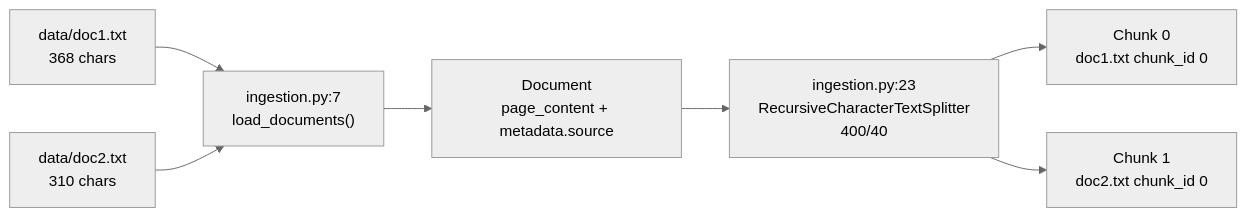
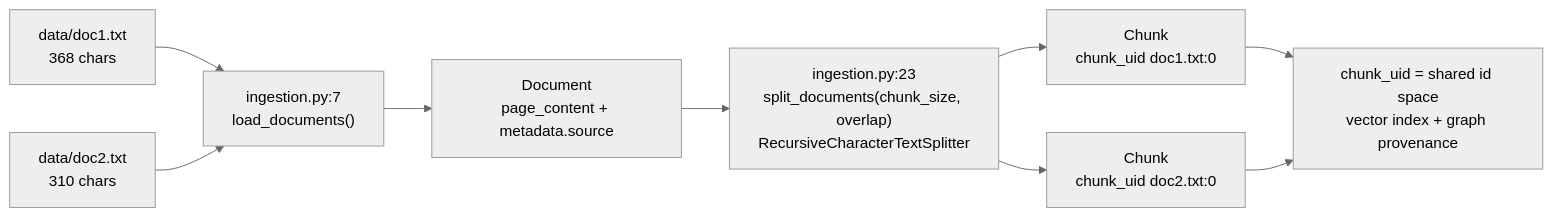
The second of 9 diagrams in LEARNINGS.md (manishwvn/graph_rag), drawn with Mermaid (neutral theme) before and after one commit. The commit also changed other lines of this file and 30 other files, not shown here.

First line of the commit message:
feat: vector vs graph RAG comparison, with a corrected evaluation

````diff
--- a/LEARNINGS.md
+++ b/LEARNINGS.md
@@ -38,9 +45,11 @@
 ```mermaid
 graph LR
   D1["data/doc1.txt<br/>368 chars"] --> LD["ingestion.py:7<br/>load_documents()"]
   D2["data/doc2.txt<br/>310 chars"] --> LD
   LD --> DOC["Document<br/>page_content + metadata.source"]
-  DOC --> SP["ingestion.py:23<br/>RecursiveCharacterTextSplitter<br/>400/40"]
-  SP --> C1["Chunk 0<br/>doc1.txt chunk_id 0"]
-  SP --> C2["Chunk 1<br/>doc2.txt chunk_id 0"]
+  DOC --> SP["ingestion.py:23<br/>split_documents(chunk_size, overlap)<br/>RecursiveCharacterTextSplitter"]
+  SP --> C1["Chunk<br/>chunk_uid doc1.txt:0"]
+  SP --> C2["Chunk<br/>chunk_uid doc2.txt:0"]
+  C1 --> USE["chunk_uid = shared id space<br/>vector index + graph provenance"]
+  C2 --> USE
 ```
````
